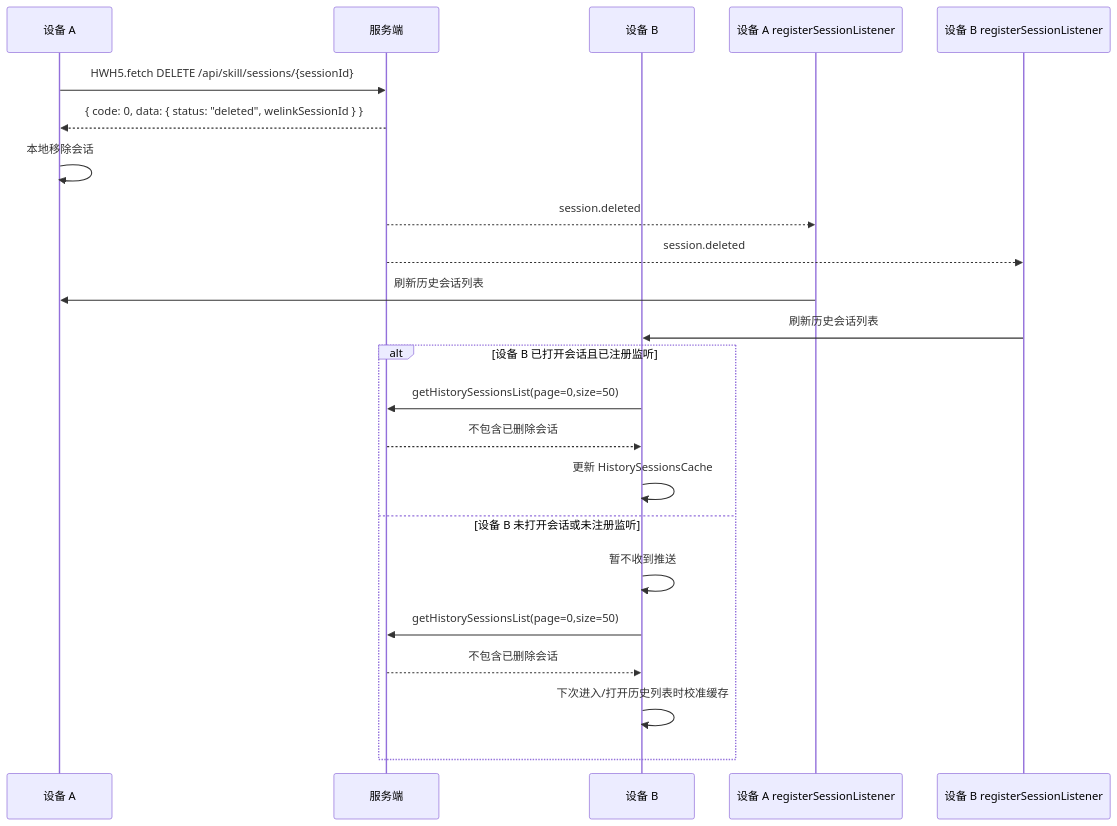
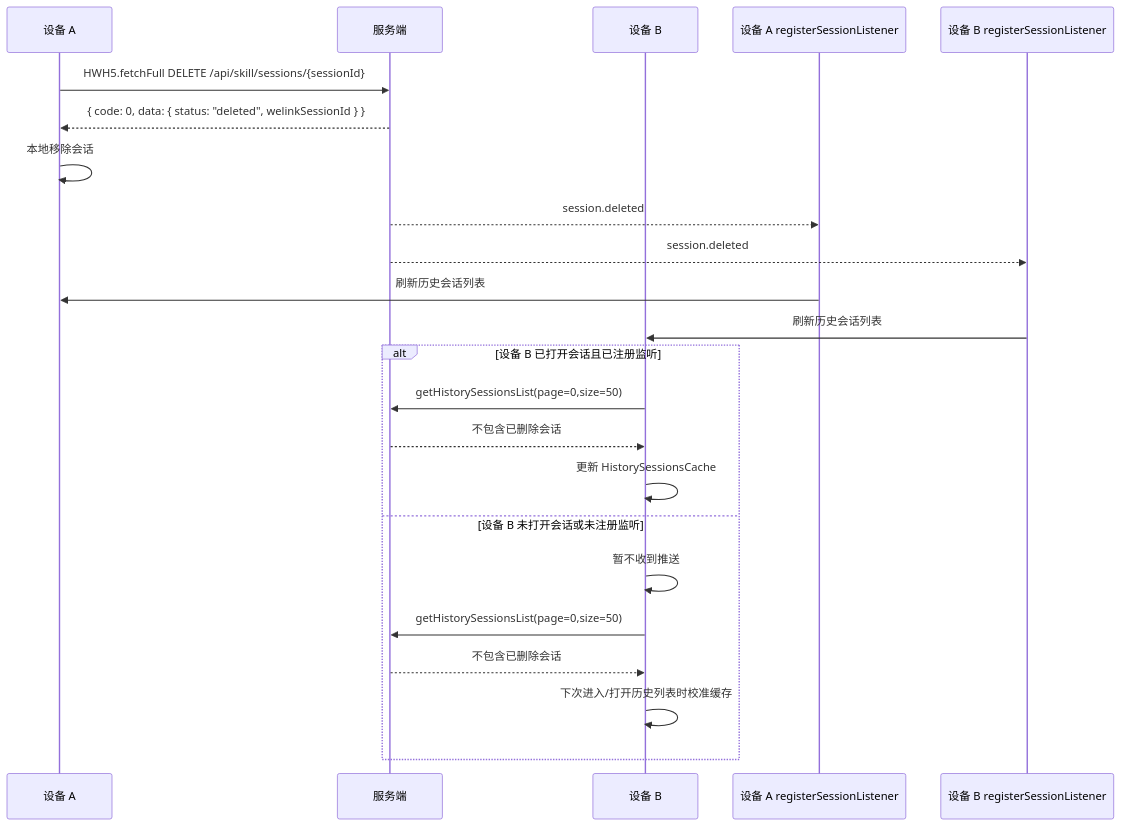
One commit to Abelsjcheng/skillSDK changed the fifth of 5 diagrams in ai-chat-viewer/docs/plans/2026-06-04-we-agent-history-session-delete-plan.md. Above: the diagram before and after it, drawn with Mermaid. The commit also changed other lines of this file and 7 other files, not shown here.

Commit message:
fix(we-agent): use fetchFull for session delete

````diff
--- a/ai-chat-viewer/docs/plans/2026-06-04-we-agent-history-session-delete-plan.md
+++ b/ai-chat-viewer/docs/plans/2026-06-04-we-agent-history-session-delete-plan.md
@@ -179,30 +179,30 @@
 ```mermaid
 sequenceDiagram
     participant DeviceA as 设备 A
     participant Server as 服务端
     participant DeviceB as 设备 B
 
     participant DeviceAListener as 设备 A registerSessionListener
     participant DeviceBListener as 设备 B registerSessionListener
 
-    DeviceA->>Server: HWH5.fetch DELETE /api/skill/sessions/{sessionId}
+    DeviceA->>Server: HWH5.fetchFull DELETE /api/skill/sessions/{sessionId}
     Server-->>DeviceA: { code: 0, data: { status: "deleted", welinkSessionId } }
     DeviceA->>DeviceA: 本地移除会话
 
     Server-->>DeviceAListener: session.deleted
     Server-->>DeviceBListener: session.deleted
 
     DeviceAListener->>DeviceA: 刷新历史会话列表
     DeviceBListener->>DeviceB: 刷新历史会话列表
 
     alt 设备 B 已打开会话且已注册监听
         DeviceB->>Server: getHistorySessionsList(page=0,size=50)
         Server-->>DeviceB: 不包含已删除会话
         DeviceB->>DeviceB: 更新 HistorySessionsCache
     else 设备 B 未打开会话或未注册监听
         DeviceB->>DeviceB: 暂不收到推送
         DeviceB->>Server: getHistorySessionsList(page=0,size=50)
         Server-->>DeviceB: 不包含已删除会话
         DeviceB->>DeviceB: 下次进入/打开历史列表时校准缓存
     end
 ```
````
